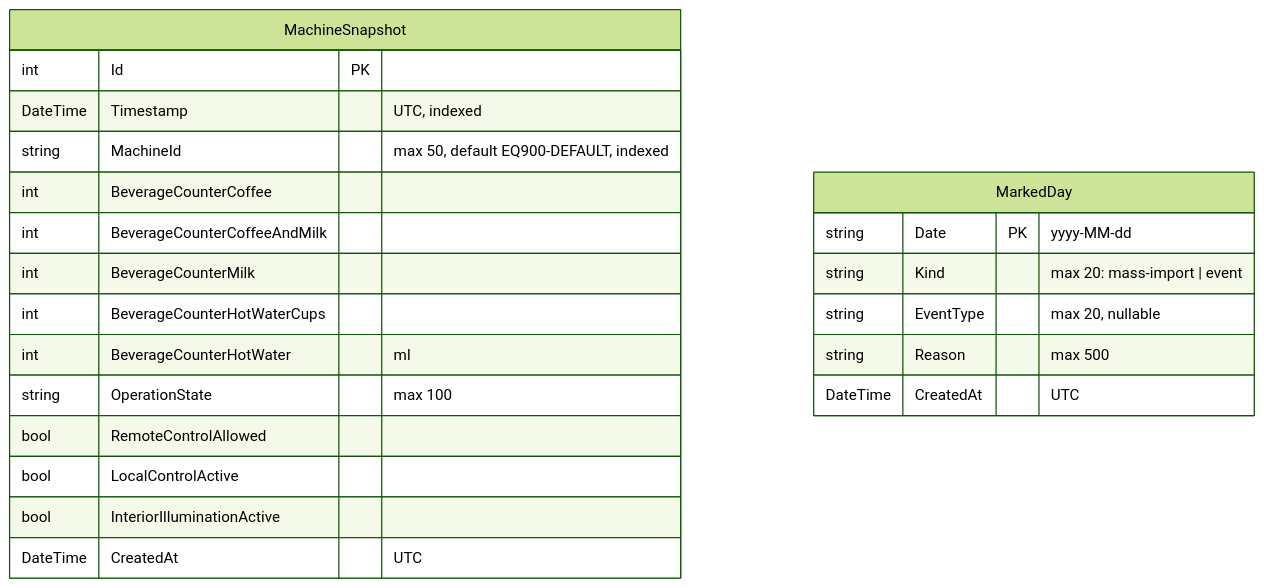
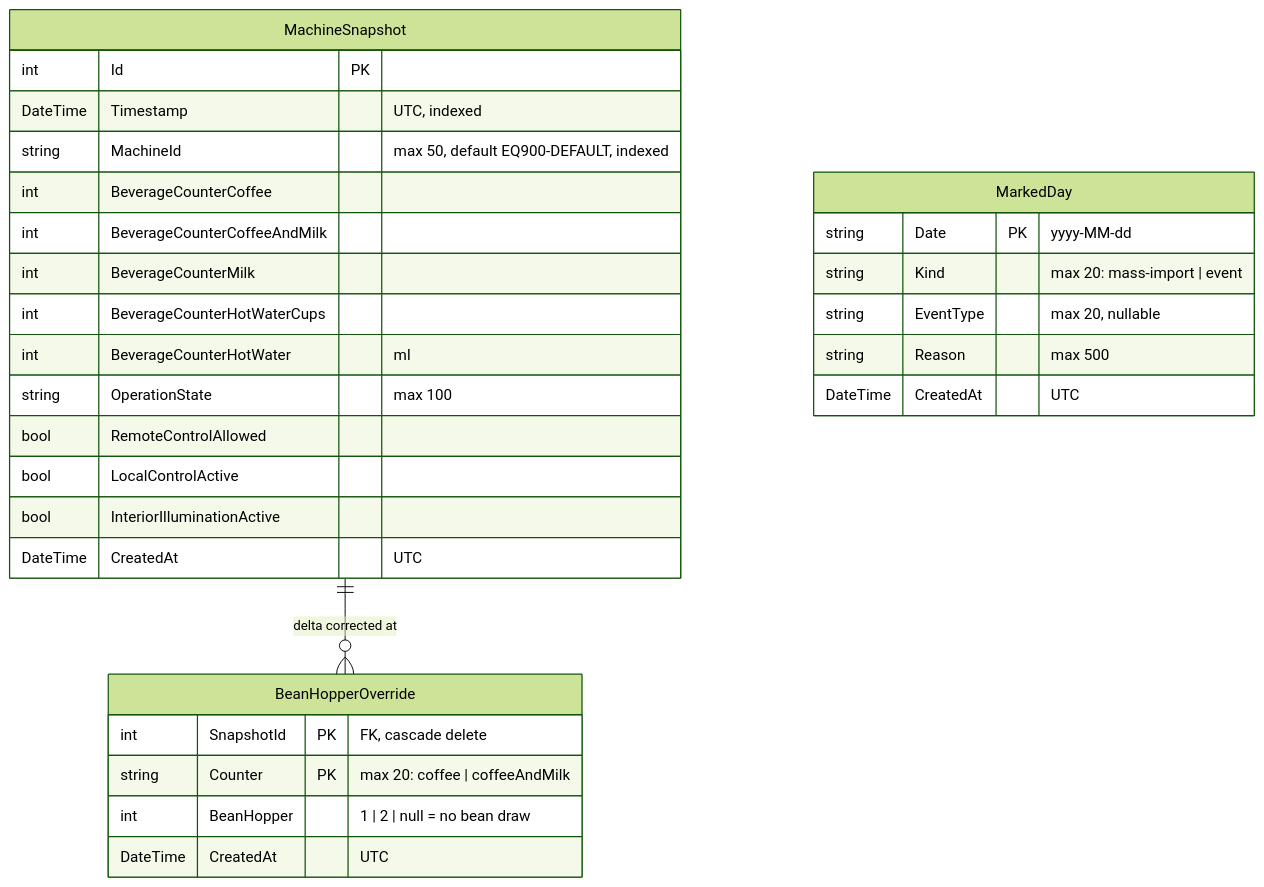
Before and after one commit to Gereon93/coffee: the third of 4 diagrams in doc/arc42/05-building-blocks.md, drawn with Mermaid (forest theme). The commit also changed other lines of this file and 24 other files, not shown here.

````diff
--- a/doc/arc42/05-building-blocks.md
+++ b/doc/arc42/05-building-blocks.md
@@ -187,25 +193,32 @@
 ```mermaid
 erDiagram
     MachineSnapshot {
         int Id PK
         DateTime Timestamp "UTC, indexed"
         string MachineId "max 50, default EQ900-DEFAULT, indexed"
         int BeverageCounterCoffee
         int BeverageCounterCoffeeAndMilk
         int BeverageCounterMilk
         int BeverageCounterHotWaterCups
         int BeverageCounterHotWater "ml"
         string OperationState "max 100"
         bool RemoteControlAllowed
         bool LocalControlActive
         bool InteriorIlluminationActive
         DateTime CreatedAt "UTC"
     }
     MarkedDay {
         string Date PK "yyyy-MM-dd"
         string Kind "max 20: mass-import | event"
         string EventType "max 20, nullable"
         string Reason "max 500"
         DateTime CreatedAt "UTC"
     }
+    BeanHopperOverride {
+        int SnapshotId PK "FK, cascade delete"
+        string Counter PK "max 20: coffee | coffeeAndMilk"
+        int BeanHopper "1 | 2 | null = no bean draw"
+        DateTime CreatedAt "UTC"
+    }
+    MachineSnapshot ||--o{ BeanHopperOverride : "delta corrected at"
 ```
````
